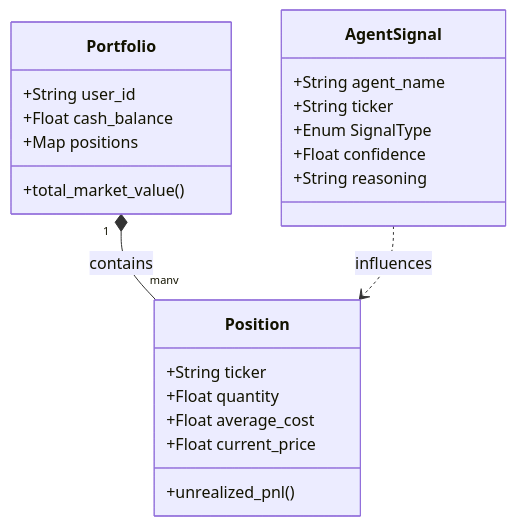
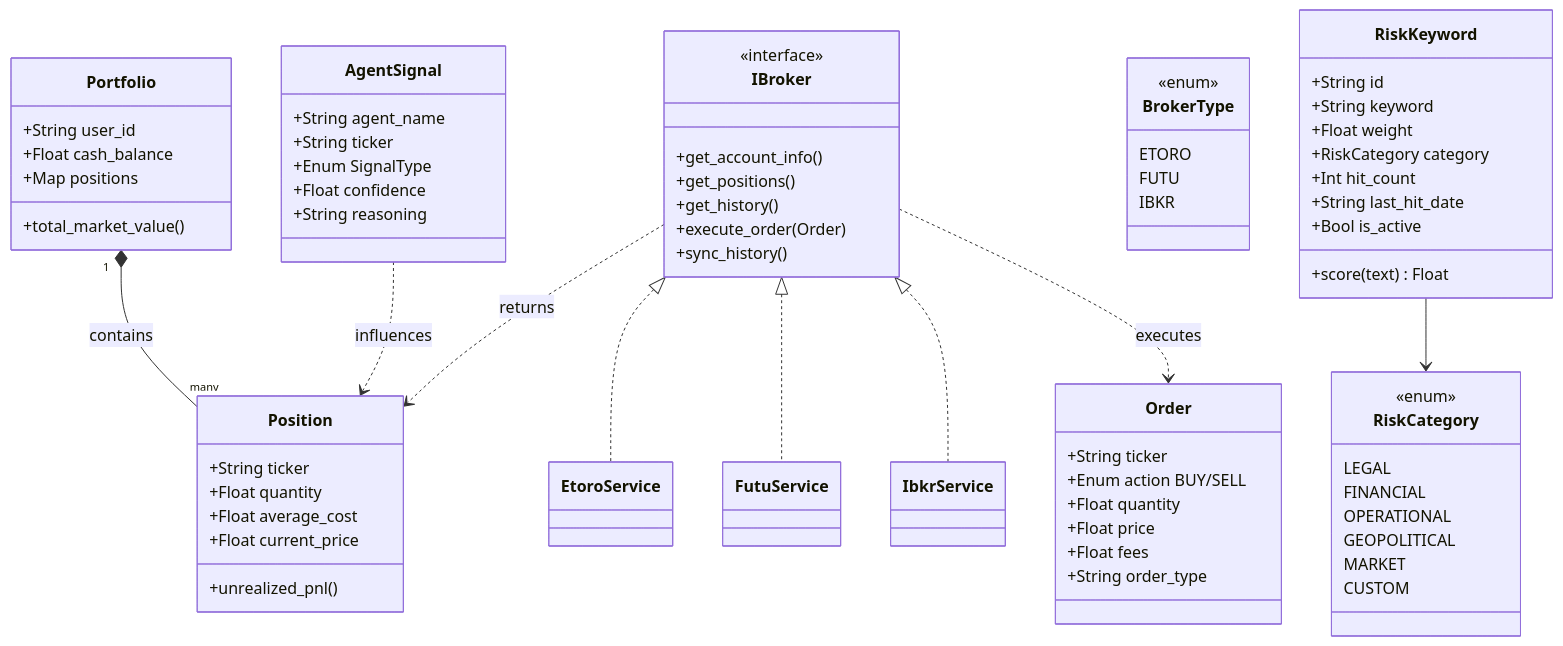
Before and after one commit to neohsiung/AI-Investment-Advisor: the diagram in wiki/04_架構觀點-Architect_Views/資料與領域模型-Data-Domain-Models.md, drawn with Mermaid. The commit also changed other lines of this file and 29 other files, not shown here.

Commit message:
feat: Implement multi-dimensional risk triggers in Sentinel Service with web intelligence integration and a new risk keyword management system.

````diff
--- a/wiki/04_架構觀點-Architect_Views/資料與領域模型-Data-Domain-Models.md
+++ b/wiki/04_架構觀點-Architect_Views/資料與領域模型-Data-Domain-Models.md
@@ -16,25 +23,74 @@
 ```mermaid
 classDiagram
     class Portfolio {
         +String user_id
         +Float cash_balance
         +Map positions
         +total_market_value()
     }
     class Position {
         +String ticker
         +Float quantity
         +Float average_cost
         +Float current_price
         +unrealized_pnl()
     }
     class AgentSignal {
         +String agent_name
         +String ticker
         +Enum SignalType
         +Float confidence
         +String reasoning
     }
+    class IBroker {
+        <<interface>>
+        +get_account_info()
+        +get_positions()
+        +get_history()
+        +execute_order(Order)
+        +sync_history()
+    }
+    class BrokerType {
+        <<enum>>
+        ETORO
+        FUTU
+        IBKR
+    }
+    class Order {
+        +String ticker
+        +Enum action  BUY/SELL
+        +Float quantity
+        +Float price
+        +Float fees
+        +String order_type
+    }
+
     Portfolio "1" *-- "many" Position : contains
     AgentSignal ..> Position : influences
+    IBroker <|.. EtoroService
+    IBroker <|.. FutuService
+    IBroker <|.. IbkrService
+    IBroker ..> Order : executes
+    IBroker ..> Position : returns
+
+    class RiskKeyword {
+        +String id
+        +String keyword
+        +Float weight
+        +RiskCategory category
+        +Int hit_count
+        +String last_hit_date
+        +Bool is_active
+        +score(text) Float
+    }
+    class RiskCategory {
+        <<enum>>
+        LEGAL
+        FINANCIAL
+        OPERATIONAL
+        GEOPOLITICAL
+        MARKET
+        CUSTOM
+    }
+    RiskKeyword --> RiskCategory
 ```
````
